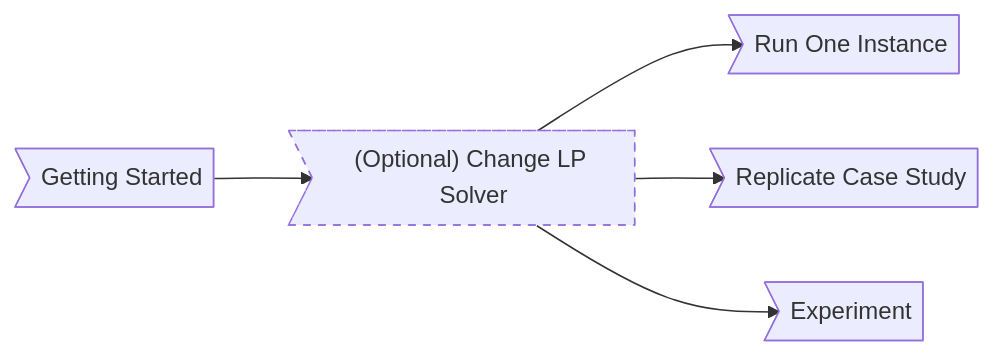
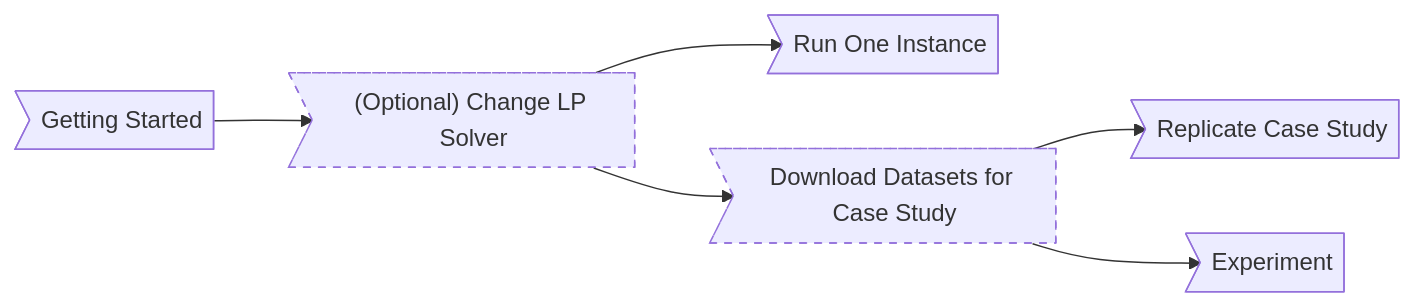
The first of 9 diagrams in README.md (daichou03/AnchoredDensestSubgraph), drawn with Mermaid before and after one commit. The commit also changed other lines of this file, not shown here.

````diff
--- a/README.md
+++ b/README.md
@@ -7,13 +7,16 @@
 ```mermaid
 flowchart LR
     A>"Getting Started"]
     B>"(Optional) Change LP Solver"]
     C1>"Run One Instance"]
+    C20>"Download Datasets for Case Study"]
     C2>"Replicate Case Study"]
     C3>"Experiment"]
     A --> B
     B --> C1
-    B --> C2
-    B --> C3
+    B --> C20
+    C20 --> C2
+    C20 --> C3
     style B stroke-dasharray: 5 5
+    style C20 stroke-dasharray: 5 5
 ```
````
